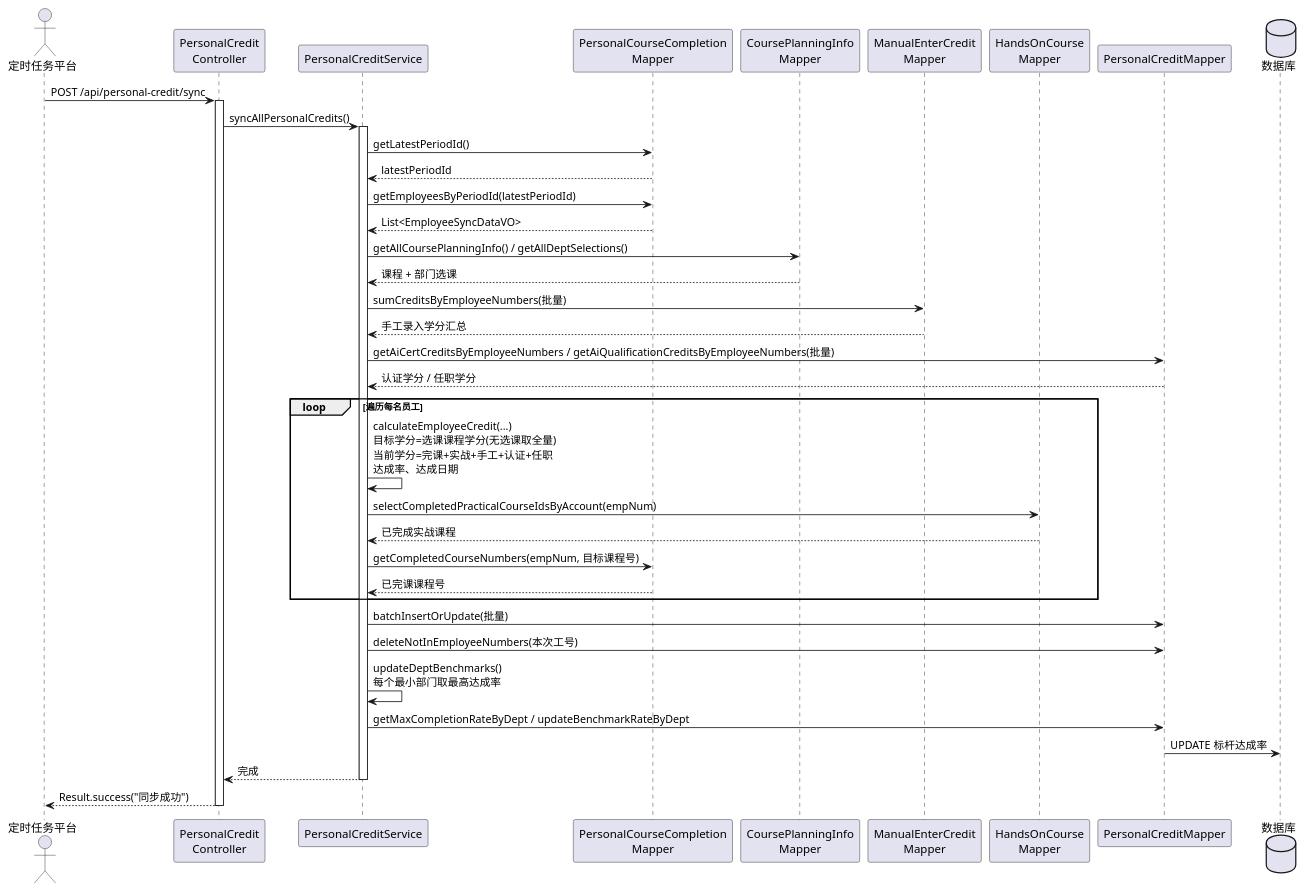
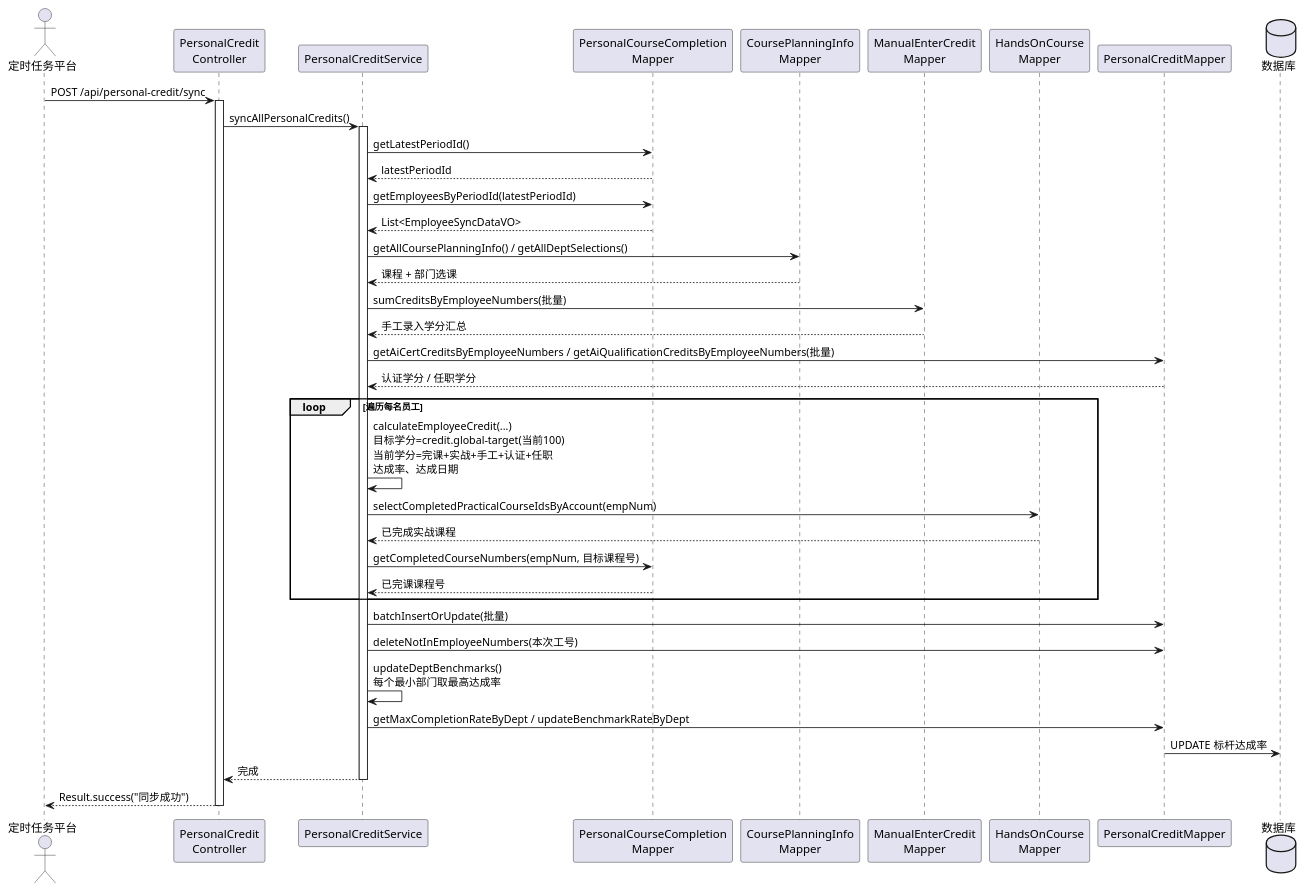
Before and after one commit to LZY18829039855/AI_Transform: the fourth of 12 diagrams in AI_School看板软件设计文档.md, drawn with PlantUML. The commit also changed other lines of this file and 3 other files, not shown here.

First line of the commit message:
feat(school): unify personal target credit via yaml config

````diff
--- a/AI_School看板软件设计文档.md
+++ b/AI_School看板软件设计文档.md
@@ -554,48 +555,48 @@
 ```plantuml
 @startuml
 actor 定时任务平台
 participant "PersonalCredit\nController" as Controller
 participant "PersonalCreditService" as Service
 participant "PersonalCourseCompletion\nMapper" as PCC
 participant "CoursePlanningInfo\nMapper" as CP
 participant "ManualEnterCredit\nMapper" as ME
 participant "HandsOnCourse\nMapper" as HO
 participant "PersonalCreditMapper" as PC
 database 数据库
 
 定时任务平台 -> Controller: POST /api/personal-credit/sync
 activate Controller
 Controller -> Service: syncAllPersonalCredits()
 activate Service
 
 Service -> PCC: getLatestPeriodId()
 PCC --> Service: latestPeriodId
 Service -> PCC: getEmployeesByPeriodId(latestPeriodId)
 PCC --> Service: List<EmployeeSyncDataVO>
 
 Service -> CP: getAllCoursePlanningInfo() / getAllDeptSelections()
 CP --> Service: 课程 + 部门选课
 Service -> ME: sumCreditsByEmployeeNumbers(批量)
 ME --> Service: 手工录入学分汇总
 Service -> PC: getAiCertCreditsByEmployeeNumbers / getAiQualificationCreditsByEmployeeNumbers(批量)
 PC --> Service: 认证学分 / 任职学分
 
 loop 遍历每名员工
-    Service -> Service: calculateEmployeeCredit(...)\n目标学分=选课课程学分(无选课取全量)\n当前学分=完课+实战+手工+认证+任职\n达成率、达成日期
+    Service -> Service: calculateEmployeeCredit(...)\n目标学分=credit.global-target(当前100)\n当前学分=完课+实战+手工+认证+任职\n达成率、达成日期
     Service -> HO: selectCompletedPracticalCourseIdsByAccount(empNum)
     HO --> Service: 已完成实战课程
     Service -> PCC: getCompletedCourseNumbers(empNum, 目标课程号)
     PCC --> Service: 已完课课程号
 end
 
 Service -> PC: batchInsertOrUpdate(批量)
 Service -> PC: deleteNotInEmployeeNumbers(本次工号)
 Service -> Service: updateDeptBenchmarks()\n每个最小部门取最高达成率
 Service -> PC: getMaxCompletionRateByDept / updateBenchmarkRateByDept
 PC -> 数据库: UPDATE 标杆达成率
 Service --> Controller: 完成
 deactivate Service
 Controller --> 定时任务平台: Result.success("同步成功")
 deactivate Controller
 @enduml
 ```
````
